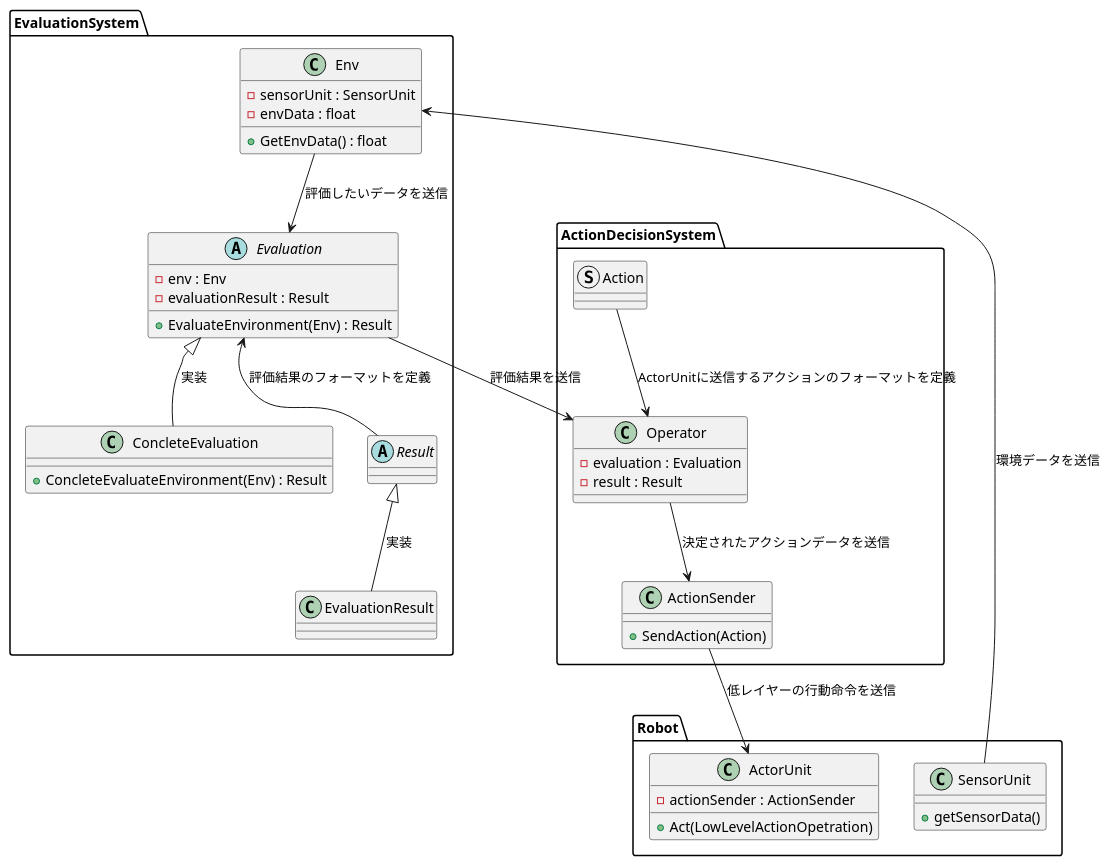
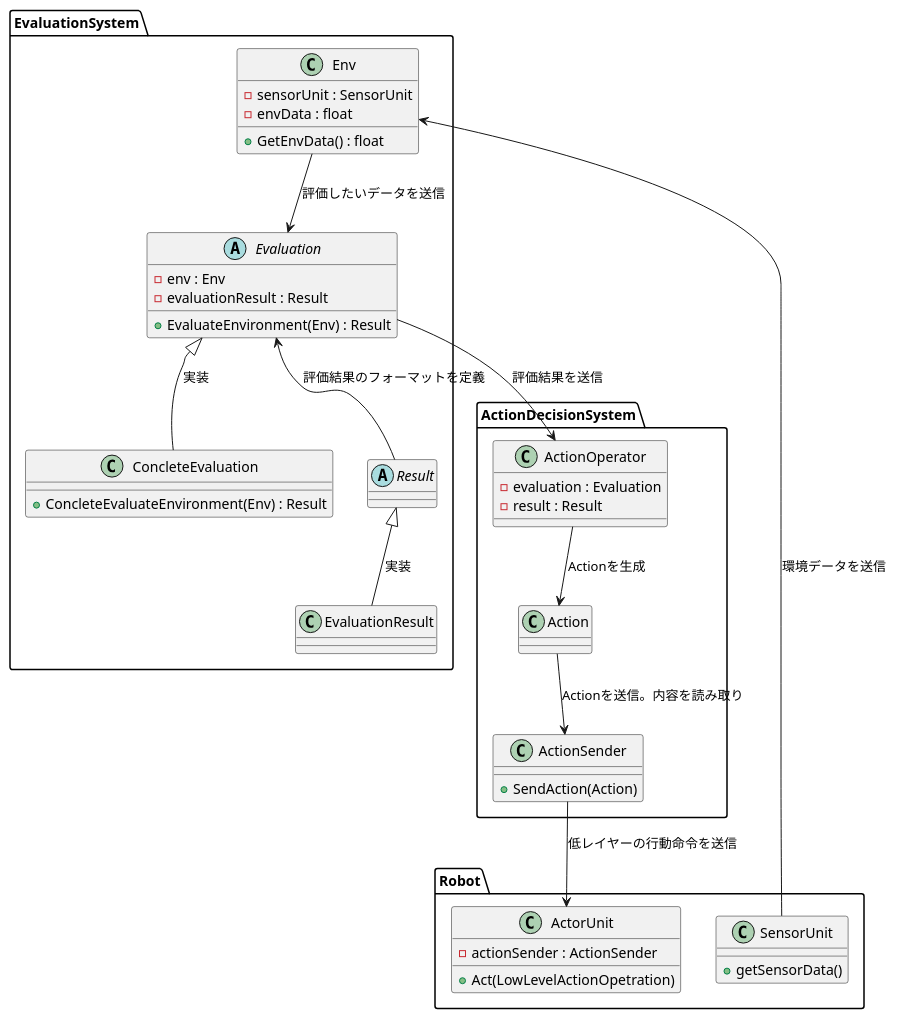
The diagram in Document/evaluate_environment.pu (Ryuzo-MYU/weak-toio), drawn with PlantUML before and after one commit. The commit also changed 20 other files, not shown here.

```diff
--- a/Document/evaluate_environment.pu
+++ b/Document/evaluate_environment.pu
@@ -1,55 +1,55 @@
 @startuml
 
 package Robot{
 	class ActorUnit{
 		- actionSender : ActionSender
 		+ Act(LowLevelActionOpetration)
 	}
 	class SensorUnit{
 		+ getSensorData()
 	}
 }
 
 package EvaluationSystem{
 	class Env{
 		- sensorUnit : SensorUnit
 		- envData : float
 		+ GetEnvData() : float
 	}
 	abstract Evaluation{
 		- env : Env
 		- evaluationResult : Result
 		+ EvaluateEnvironment(Env) : Result
 	}
 	class ConcleteEvaluation{
 		+ ConcleteEvaluateEnvironment(Env) : Result
 	}
 
 	abstract Result
 	class EvaluationResult
 }
 
 SensorUnit --> Env : 環境データを送信
 Env --> Evaluation : 評価したいデータを送信
 Evaluation <-- Result : 評価結果のフォーマットを定義
 Evaluation <|-- ConcleteEvaluation : 実装
 Result <|-- EvaluationResult : 実装
 
 
 package ActionDecisionSystem{
-	class Operator{
+	class ActionOperator{
 		- evaluation : Evaluation
 		- result : Result
 	}
-	struct Action
+	class Action
 	class ActionSender{
 		+ SendAction(Action)
 	}
 }
 
-Evaluation --> Operator : 評価結果を送信
-Action --> Operator : ActorUnitに送信するアクションのフォーマットを定義
-Operator --> ActionSender : 決定されたアクションデータを送信
+Evaluation --> ActionOperator : 評価結果を送信
+ActionOperator --> Action : Actionを生成
+Action --> ActionSender : Actionを送信。内容を読み取り
 ActionSender --> ActorUnit : 低レイヤーの行動命令を送信
 
 @enduml
```
